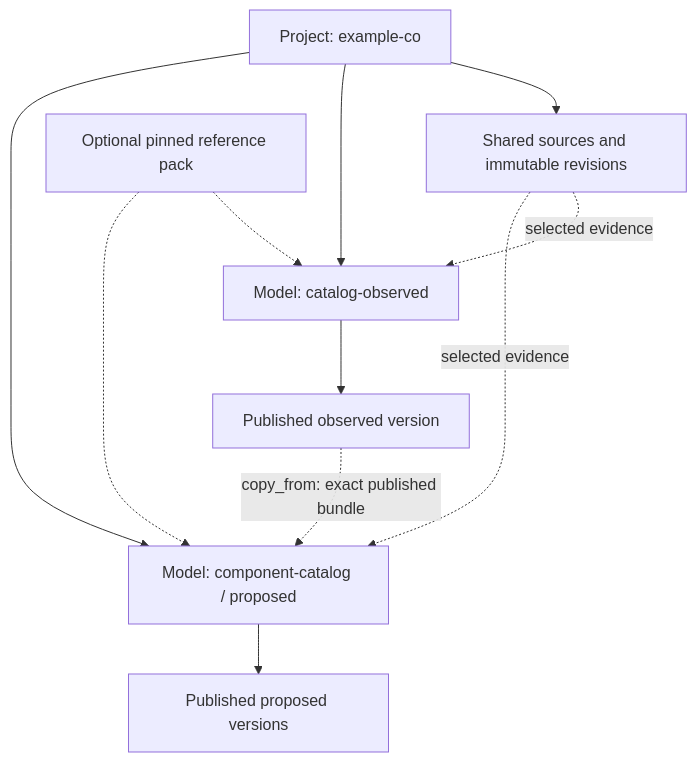
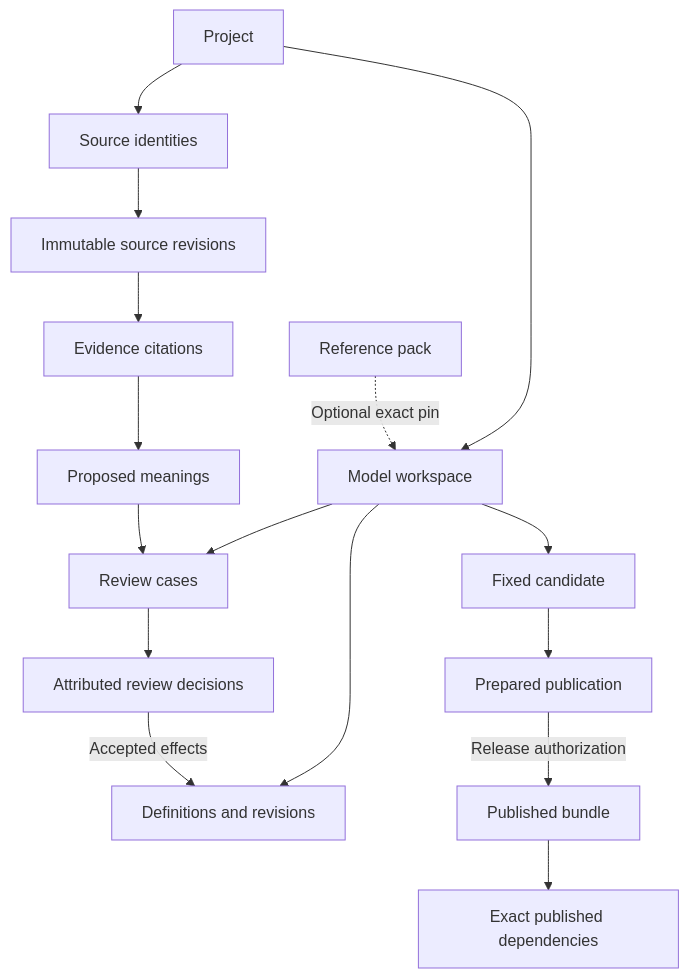
The third of 6 diagrams in ARCHITECTURE.md (matejpalenik/domain-kernel), drawn with Mermaid before and after one commit. The commit also changed other lines of this file and 61 other files, not shown here.

First line of the commit message:
docs: split architecture contracts and streamline documentation

````diff
--- a/ARCHITECTURE.md
+++ b/ARCHITECTURE.md
@@ -1356,13 +250,22 @@
 ```mermaid
 flowchart TB
-    Project["Project: example-co"] --> Sources["Shared sources and immutable revisions"]
-    Project --> Observed["Model: catalog-observed"]
-    Project --> Proposed["Model: component-catalog / proposed"]
-    Pack["Optional pinned reference pack"] -.-> Observed
-    Pack -.-> Proposed
-    Sources -. "selected evidence" .-> Observed
-    Sources -. "selected evidence" .-> Proposed
-    Observed --> OV["Published observed version"]
-    OV -. "copy_from: exact published bundle" .-> Proposed
-    Proposed --> PV["Published proposed versions"]
+    Project --> Sources["Source identities"]
+    Sources --> Revisions["Immutable source revisions"]
+    Revisions --> Evidence["Evidence citations"]
+
+    Project --> Workspace["Model workspace"]
+    Workspace --> Definitions["Definitions and revisions"]
+    Workspace --> Cases["Review cases"]
+
+    Evidence --> Proposals["Proposed meanings"]
+    Proposals --> Cases
+    Cases --> Decisions["Attributed review decisions"]
+    Decisions -->|Accepted effects| Definitions
+
+    Pack["Reference pack"] -.->|Optional exact pin| Workspace
+
+    Workspace --> Candidate["Fixed candidate"]
+    Candidate --> Publication["Prepared publication"]
+    Publication -->|Release authorization| Bundle["Published bundle"]
+    Bundle --> Dependencies["Exact published dependencies"]
 ```
````
